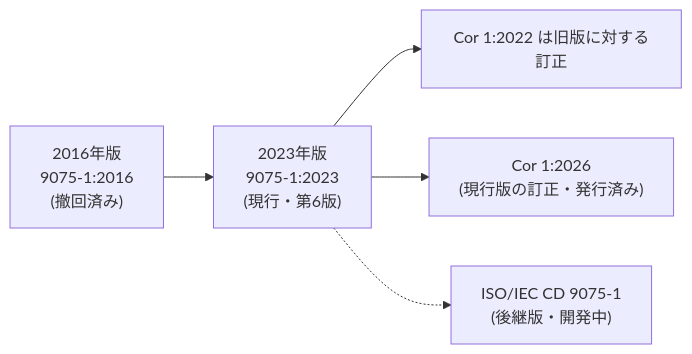
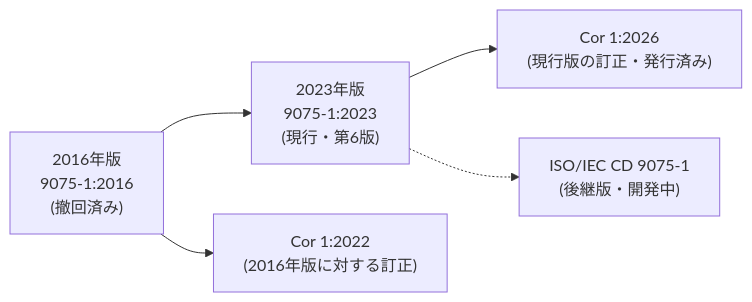
Before and after one commit to myoshi2891/Quality-Assurance-Studies: the eighth of 9 diagrams in Iso-9075-1-guide.md, drawn with Mermaid.

Commit message:
docs(iso-9075-1): Mermaid図のCor 1:2022の訂正関係を修正

````diff
--- a/Iso-9075-1-guide.md
+++ b/Iso-9075-1-guide.md
@@ -321,7 +321,7 @@
 ```mermaid
 flowchart LR
     A["2016年版<br/>9075-1:2016<br/>(撤回済み)"] --> B["2023年版<br/>9075-1:2023<br/>(現行・第6版)"]
-    B --> C["Cor 1:2022 は旧版に対する訂正"]
+    A --> C["Cor 1:2022<br/>(2016年版に対する訂正)"]
     B --> D["Cor 1:2026<br/>(現行版の訂正・発行済み)"]
     B -.-> E["ISO/IEC CD 9075-1<br/>(後継版・開発中)"]
 ```
````
